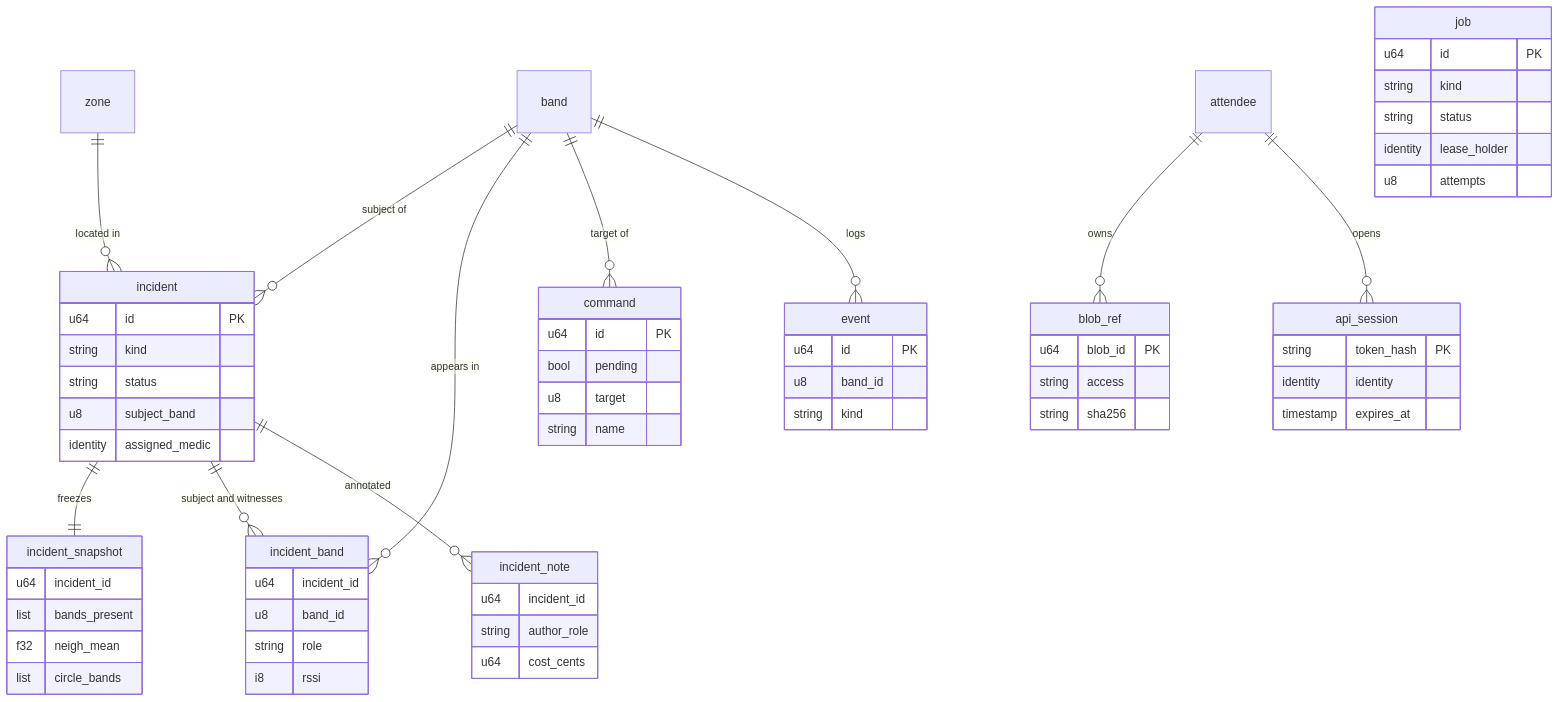
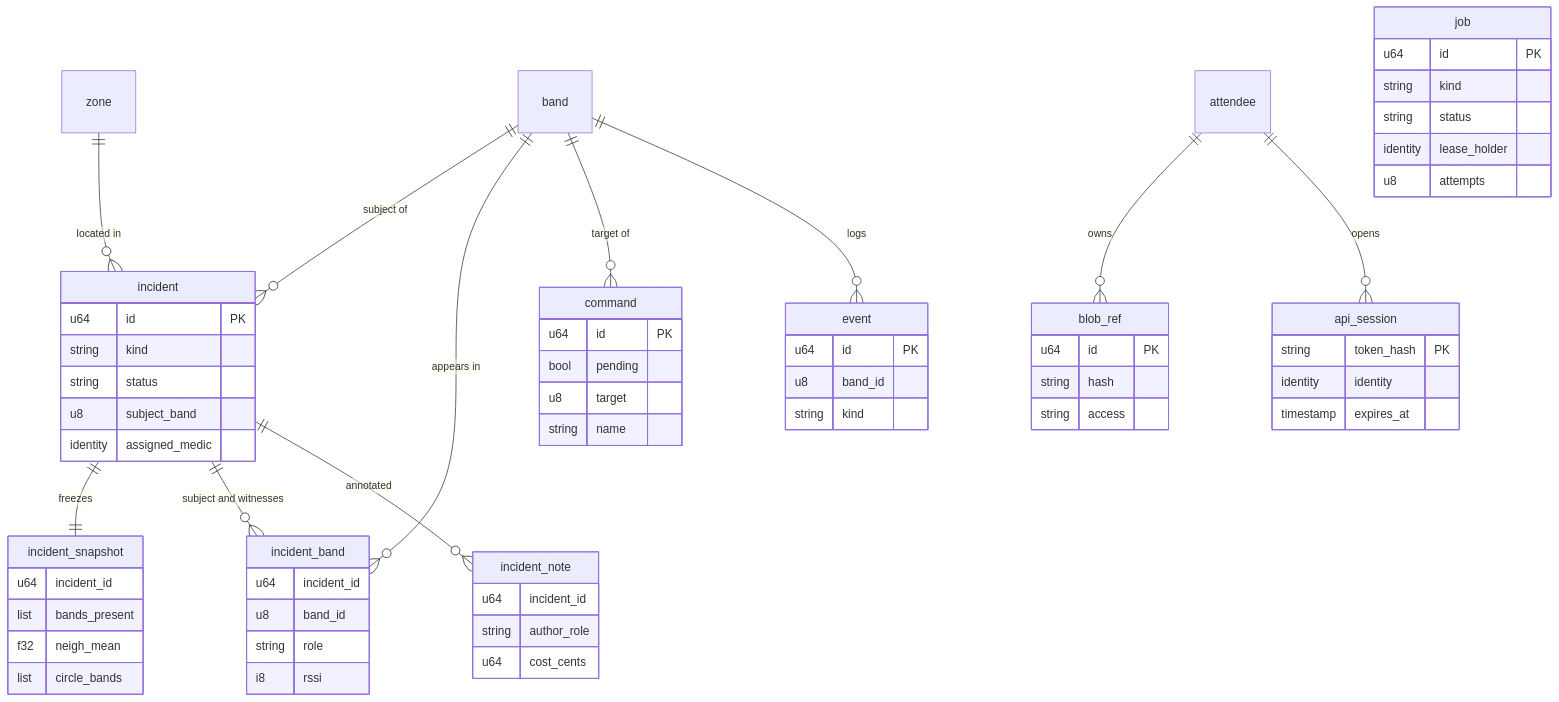
One commit to viktorinkov/cal-hacks-13 changed the third of 4 diagrams in System Design/2-data/SpacetimeDB.md. Above: the diagram before and after it, drawn with Mermaid. The commit also changed other lines of this file and 5 other files, not shown here.

````diff
--- a/System Design/2-data/SpacetimeDB.md
+++ b/System Design/2-data/SpacetimeDB.md
@@ -555,65 +552,65 @@
 ```mermaid
 erDiagram
   zone ||--o{ incident : "located in"
   band ||--o{ incident : "subject of"
-  incident ||--|| incident_snapshot : freezes
+  incident ||--|| incident_snapshot : "freezes"
   incident ||--o{ incident_band : "subject and witnesses"
   band ||--o{ incident_band : "appears in"
-  incident ||--o{ incident_note : annotated
+  incident ||--o{ incident_note : "annotated"
   band ||--o{ command : "target of"
-  band ||--o{ event : logs
-  attendee ||--o{ blob_ref : owns
-  attendee ||--o{ api_session : opens
+  band ||--o{ event : "logs"
+  attendee ||--o{ blob_ref : "owns"
+  attendee ||--o{ api_session : "opens"
   incident {
     u64 id PK
     string kind
     string status
     u8 subject_band
     identity assigned_medic
   }
   incident_snapshot {
     u64 incident_id
     list bands_present
     f32 neigh_mean
     list circle_bands
   }
   incident_band {
     u64 incident_id
     u8 band_id
     string role
     i8 rssi
   }
   incident_note {
     u64 incident_id
     string author_role
     u64 cost_cents
   }
   command {
     u64 id PK
     bool pending
     u8 target
     string name
   }
   event {
     u64 id PK
     u8 band_id
     string kind
   }
   job {
     u64 id PK
     string kind
     string status
     identity lease_holder
     u8 attempts
   }
   blob_ref {
-    u64 blob_id PK
+    u64 id PK
+    string hash
     string access
-    string sha256
   }
   api_session {
     string token_hash PK
     identity identity
     timestamp expires_at
   }
 ```
````
